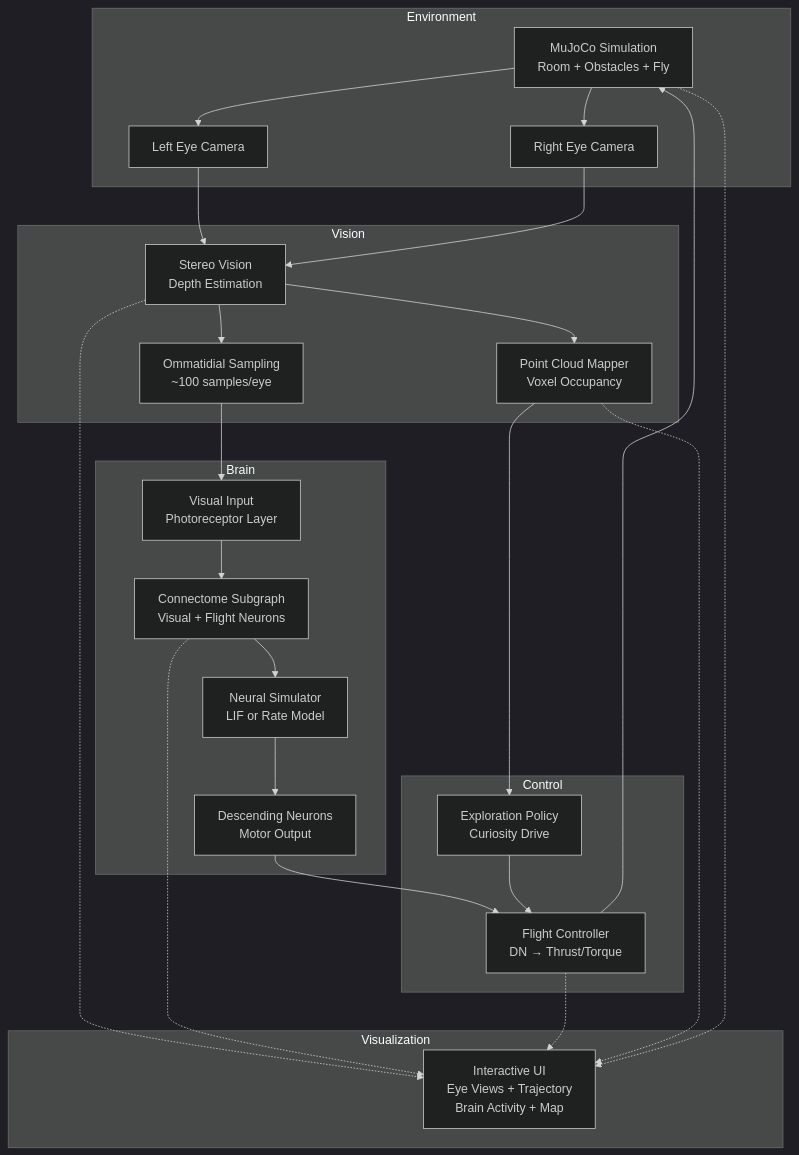
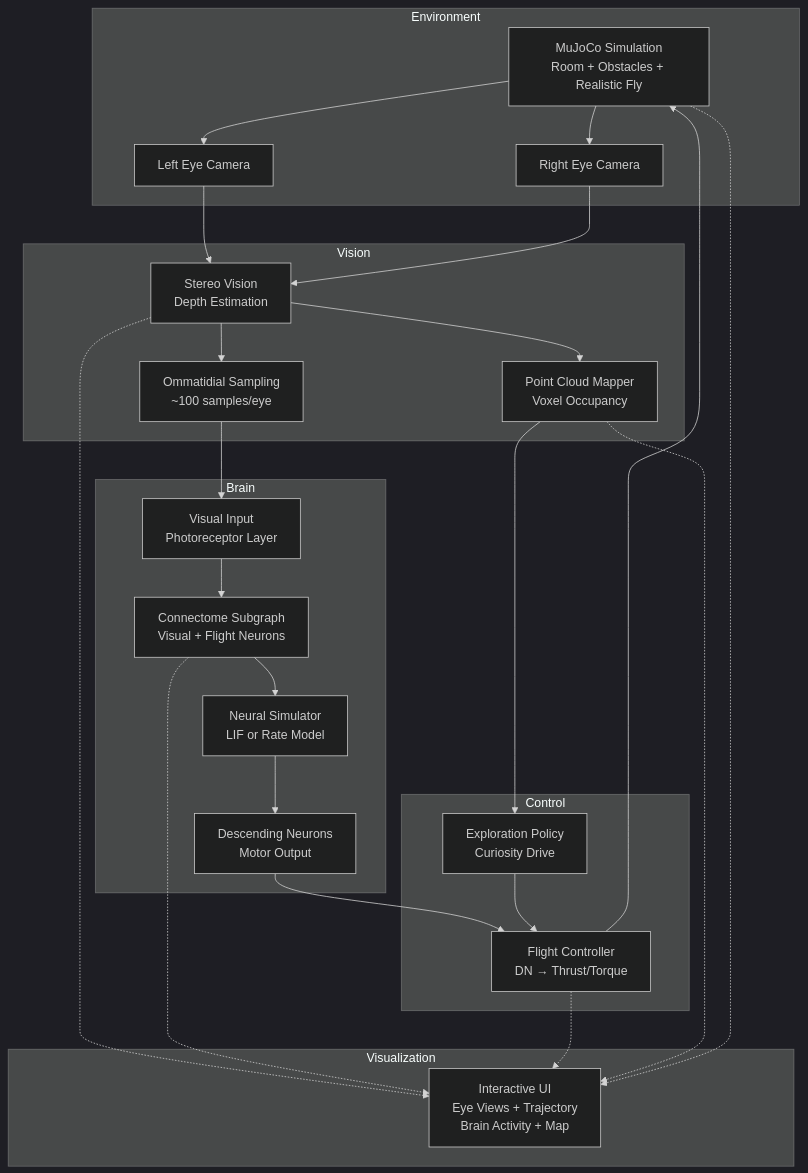
One commit to liudicsu/3dfly changed the diagram in README.md. Above: the diagram before and after it, drawn with Mermaid (dark theme). The commit also changed other lines of this file and 16 other files, not shown here.

First line of the commit message:
Add realistic fruit fly 3D model

````diff
--- a/README.md
+++ b/README.md
@@ -28,51 +37,51 @@
 ```mermaid
 graph TB
     subgraph Environment
-        A[MuJoCo Simulation<br/>Room + Obstacles + Fly]
+        A[MuJoCo Simulation<br/>Room + Obstacles + Realistic Fly]
         B[Left Eye Camera]
         C[Right Eye Camera]
     end
     
     subgraph Vision
         D[Stereo Vision<br/>Depth Estimation]
         E[Ommatidial Sampling<br/>~100 samples/eye]
         F[Point Cloud Mapper<br/>Voxel Occupancy]
     end
     
     subgraph Brain
         G[Visual Input<br/>Photoreceptor Layer]
         H[Connectome Subgraph<br/>Visual + Flight Neurons]
         I[Neural Simulator<br/>LIF or Rate Model]
         J[Descending Neurons<br/>Motor Output]
     end
     
     subgraph Control
         K[Flight Controller<br/>DN → Thrust/Torque]
         L[Exploration Policy<br/>Curiosity Drive]
     end
     
     subgraph Visualization
         M[Interactive UI<br/>Eye Views + Trajectory<br/>Brain Activity + Map]
     end
     
     B --> D
     C --> D
     D --> E
     D --> F
     E --> G
     G --> H
     H --> I
     I --> J
     J --> K
     F --> L
     L --> K
     K --> A
     A --> B
     A --> C
     
     D -.-> M
     H -.-> M
     K -.-> M
     F -.-> M
     A -.-> M
 ```
````
